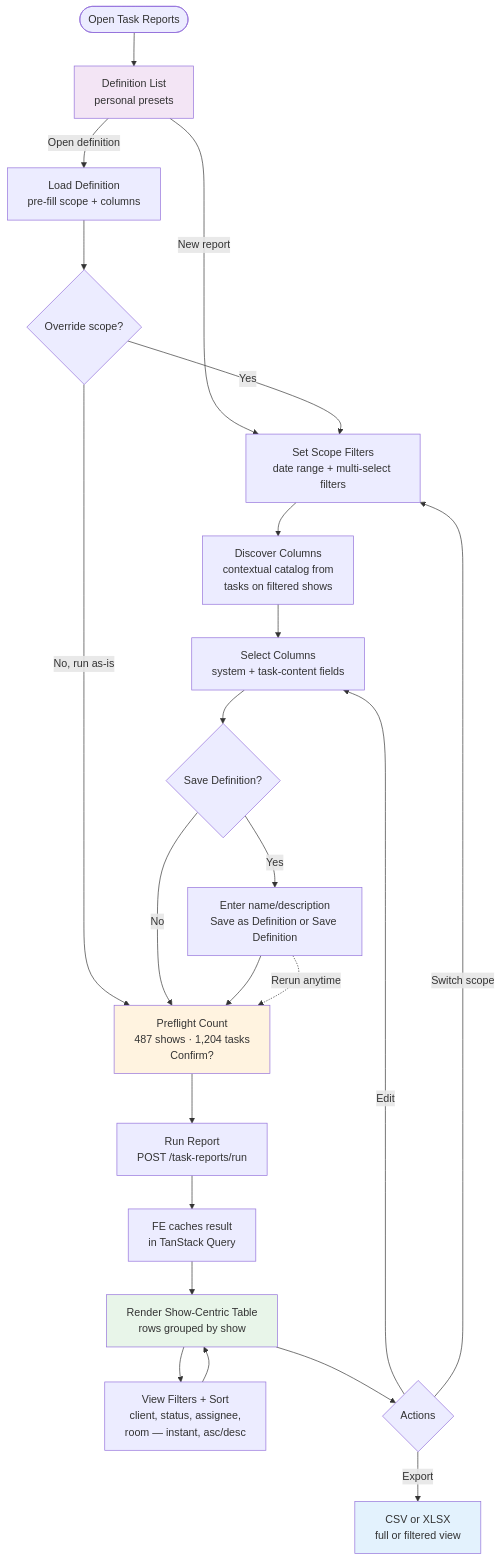
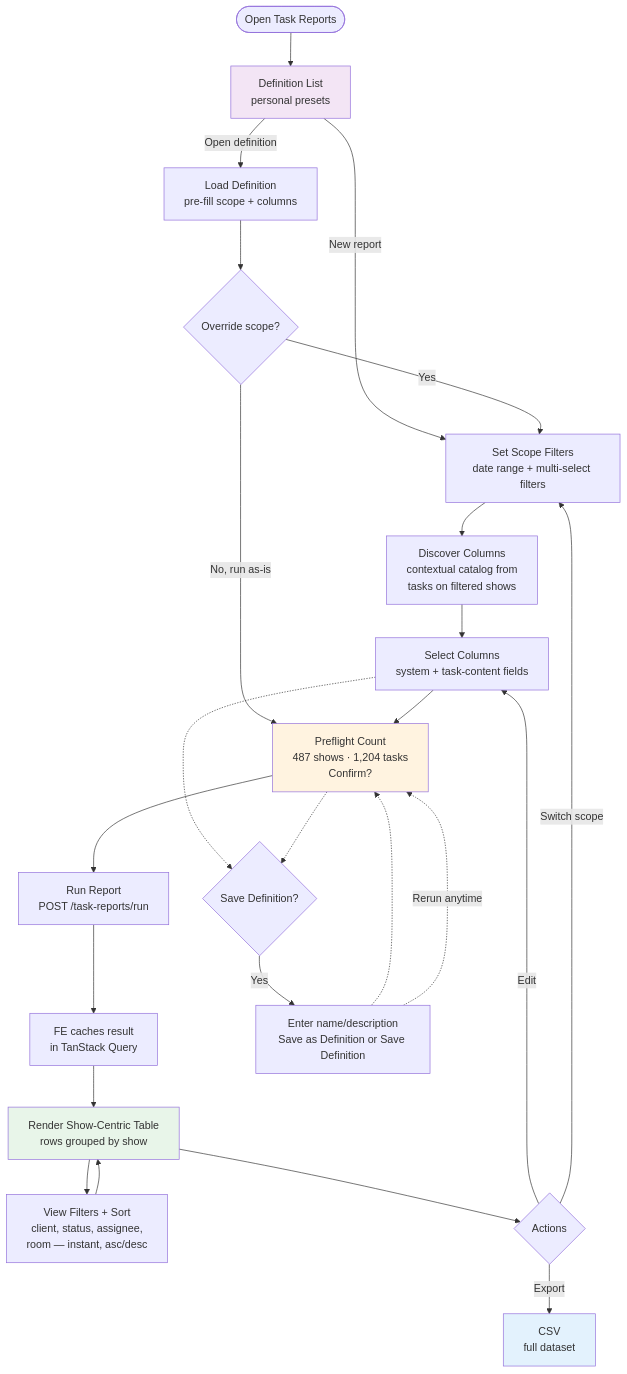
The first of 6 diagrams in apps/erify_studios/docs/design/TASK_SUBMISSION_REPORTING_DESIGN.md (allenlin90/eridu-services), drawn with Mermaid before and after one commit. The commit also changed other lines of this file and 2 other files, not shown here.

Commit message:
fix(task-reports): export full dataset csv and align docs

````diff
--- a/apps/erify_studios/docs/design/TASK_SUBMISSION_REPORTING_DESIGN.md
+++ b/apps/erify_studios/docs/design/TASK_SUBMISSION_REPORTING_DESIGN.md
@@ -59,33 +59,34 @@
 ```mermaid
 flowchart TD
     START([Open Task Reports]) --> LANDING[Definition List<br/>personal presets]
     LANDING -->|New report| FILTER[Set Scope Filters<br/>date range + multi-select filters]
     LANDING -->|Open definition| LOAD[Load Definition<br/>pre-fill scope + columns]
     LOAD --> PREFILLED{Override scope?}
     PREFILLED -->|Yes| FILTER
     PREFILLED -->|No, run as-is| PRE
 
     FILTER --> DISCOVER[Discover Columns<br/>contextual catalog from<br/>tasks on filtered shows]
     DISCOVER --> COLUMNS[Select Columns<br/>system + task-content fields]
-    COLUMNS --> SAVE{Save Definition?}
-    SAVE -->|Yes| DEF[Enter name/description<br/>Save as Definition or Save Definition]
-    SAVE -->|No| PRE
-    DEF --> PRE[Preflight Count<br/>487 shows · 1,204 tasks<br/>Confirm?]
+    COLUMNS --> PRE[Preflight Count<br/>487 shows · 1,204 tasks<br/>Confirm?]
     PRE --> RUN[Run Report<br/>POST /task-reports/run]
     RUN --> RESULT[FE caches result<br/>in TanStack Query]
+    COLUMNS -.-> SAVE{Save Definition?}
+    PRE -.-> SAVE
+    SAVE -->|Yes| DEF[Enter name/description<br/>Save as Definition or Save Definition]
+    DEF -.-> PRE
     RESULT --> TABLE[Render Show-Centric Table<br/>rows grouped by show]
 
     TABLE --> VIEW[View Filters + Sort<br/>client, status, assignee,<br/>room — instant, asc/desc]
     VIEW --> TABLE
 
     TABLE --> ACTIONS{Actions}
-    ACTIONS -->|Export| EXPORT[CSV or XLSX<br/>full or filtered view]
+    ACTIONS -->|Export| EXPORT[CSV<br/>full dataset]
     ACTIONS -->|Edit| COLUMNS
     ACTIONS -->|Switch scope| FILTER
     DEF -.->|Rerun anytime| PRE
 
     style TABLE fill:#e8f5e9
     style EXPORT fill:#e3f2fd
     style LANDING fill:#f3e5f5
     style PRE fill:#fff3e0
 ```
````
